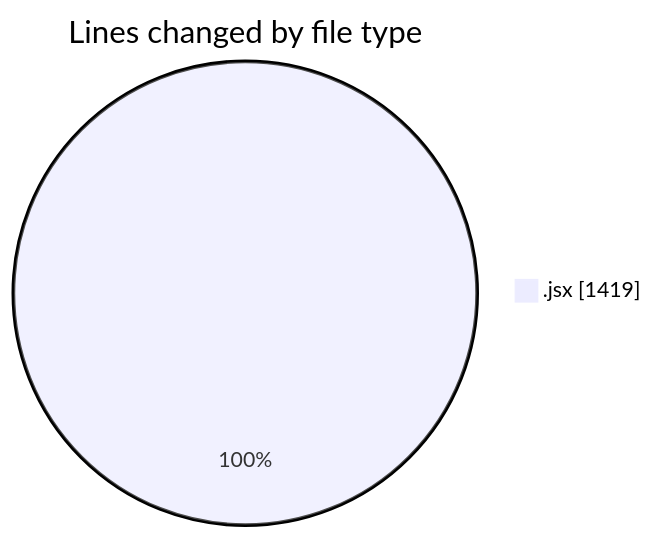
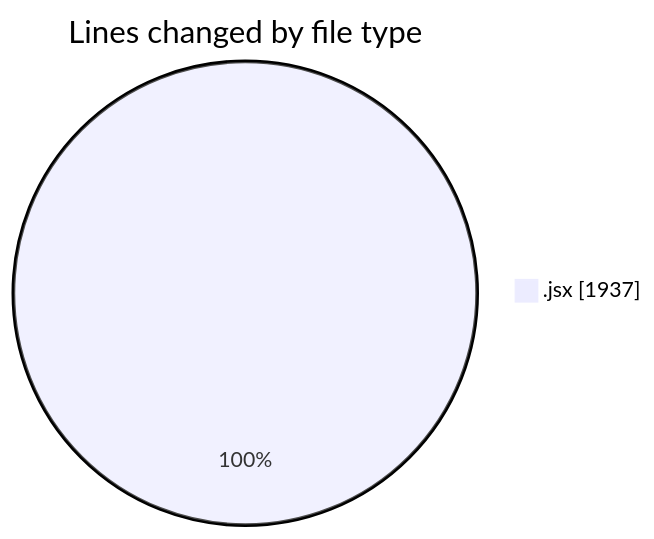
Before and after one commit to nxtqubesakshisongat/code-tracking: the first of 2 diagrams in 2025-06-21/nxtqube_webapp/README.md, drawn with Mermaid. The commit also changed other lines of this file and 1 other file, not shown here.

````diff
--- a/2025-06-21/nxtqube_webapp/README.md
+++ b/2025-06-21/nxtqube_webapp/README.md
@@ -20,5 +20,5 @@
 ```mermaid
 pie showData
 title Lines changed by file type
-".jsx" : 1419
+".jsx" : 1937
 ```
````
